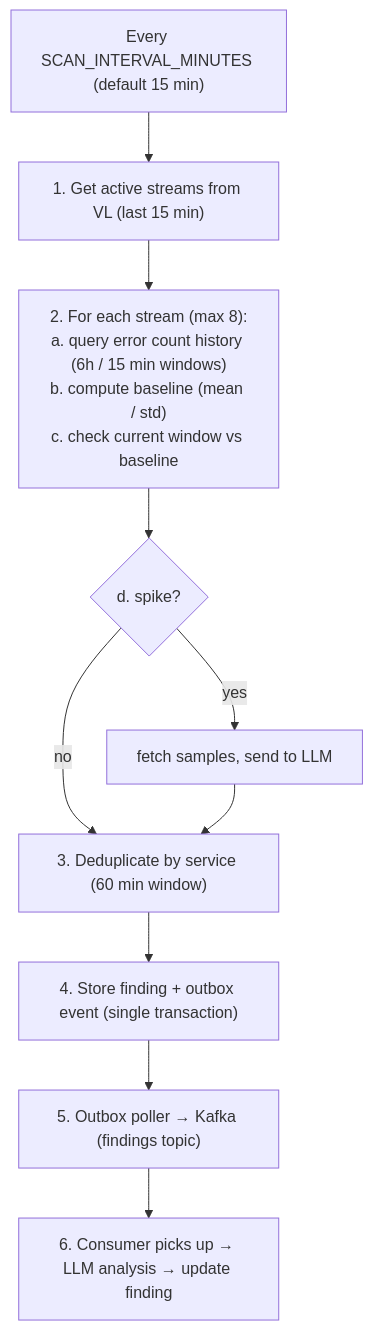
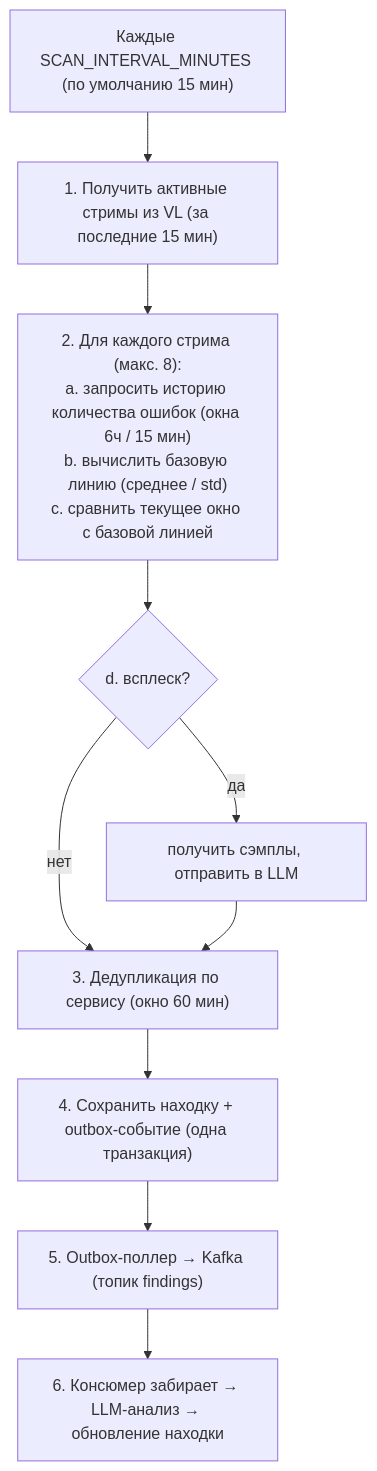
The second of 4 diagrams in docs/architecture.md (KatenKyoukotsu/auto-sre), drawn with Mermaid before and after one commit. The commit also changed other lines of this file and 5 other files, not shown here.

````diff
--- a/docs/architecture.md
+++ b/docs/architecture.md
@@ -59,13 +59,13 @@
 ```mermaid
 flowchart TD
-    T["Every SCAN_INTERVAL_MINUTES (default 15 min)"]
-    T --> A["1. Get active streams from VL (last 15 min)"]
-    A --> B["2. For each stream (max 8):<br/>a. query error count history (6h / 15 min windows)<br/>b. compute baseline (mean / std)<br/>c. check current window vs baseline"]
-    B --> C{"d. spike?"}
-    C -- yes --> D["fetch samples, send to LLM"]
-    C -- no --> E
-    D --> E["3. Deduplicate by service (60 min window)"]
-    E --> F["4. Store finding + outbox event (single transaction)"]
-    F --> G["5. Outbox poller → Kafka (findings topic)"]
-    G --> H["6. Consumer picks up → LLM analysis → update finding"]
+    T["Каждые SCAN_INTERVAL_MINUTES (по умолчанию 15 мин)"]
+    T --> A["1. Получить активные стримы из VL (за последние 15 мин)"]
+    A --> B["2. Для каждого стрима (макс. 8):<br/>a. запросить историю количества ошибок (окна 6ч / 15 мин)<br/>b. вычислить базовую линию (среднее / std)<br/>c. сравнить текущее окно с базовой линией"]
+    B --> C{"d. всплеск?"}
+    C -- да --> D["получить сэмплы, отправить в LLM"]
+    C -- нет --> E
+    D --> E["3. Дедупликация по сервису (окно 60 мин)"]
+    E --> F["4. Сохранить находку + outbox-событие (одна транзакция)"]
+    F --> G["5. Outbox-поллер → Kafka (топик findings)"]
+    G --> H["6. Консюмер забирает → LLM-анализ → обновление находки"]
 ```
````
